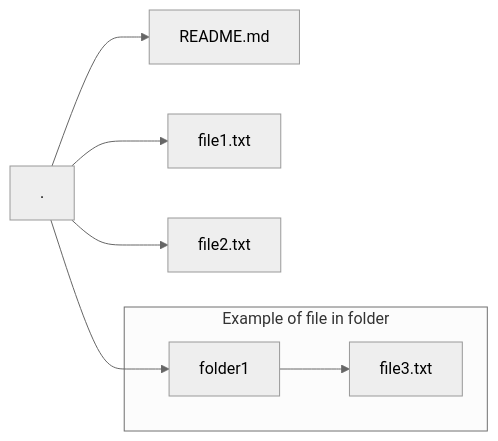
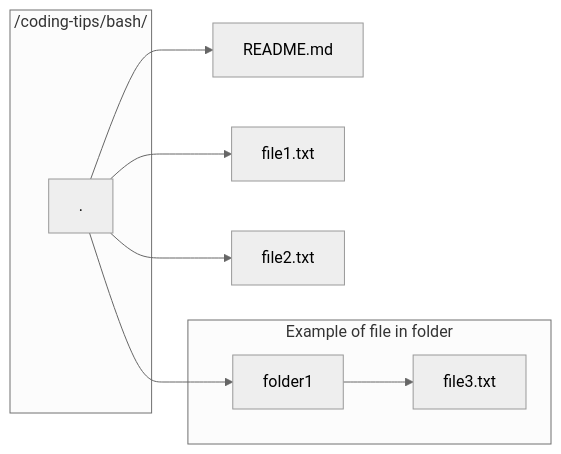
Before and after one commit to suasuasuasuasua/cs-tips: the diagram in bash/README.md, drawn with Mermaid (neutral theme).

Commit message:
Added subgraph to root diagram

````diff
--- a/bash/README.md
+++ b/bash/README.md
@@ -16,10 +16,14 @@
 ```mermaid
 graph LR
-  root[.] --> 1[README.md]
+
+  subgraph 1g[ /coding-tips/bash/ ]
+    root[.]
+  end
+  root --> 1[README.md]
   root --> 2[file1.txt]
   root --> 3[file2.txt]
   root --> 4[folder1]
   subgraph 4g[Example of file in folder]
     4 --> 41[file3.txt]
   end
 ```
````
